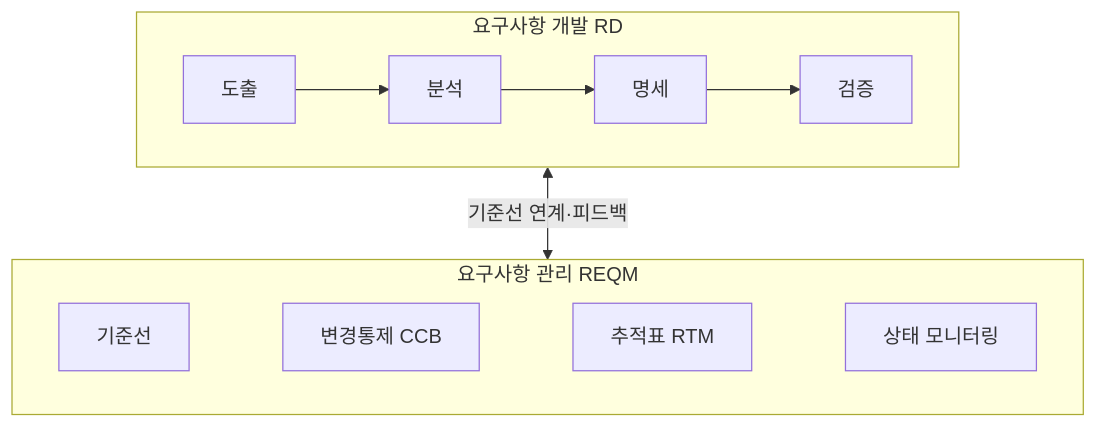
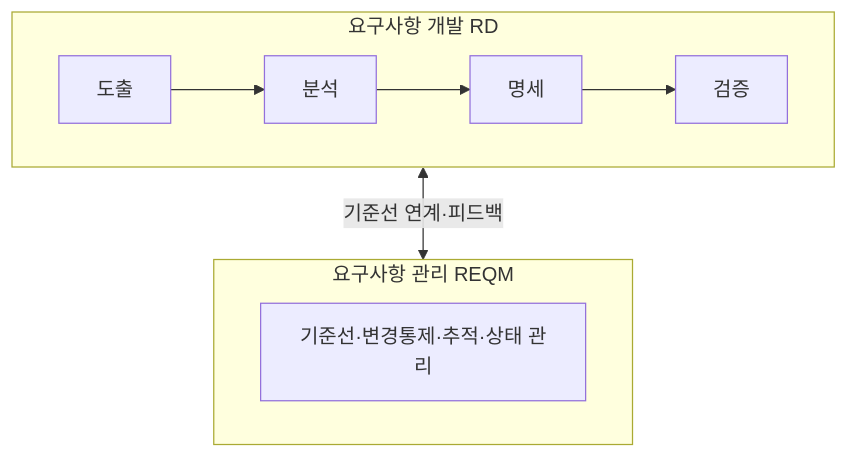
Before and after one commit to agnusdei1207/study: the second of 2 diagrams in src/content/docs/notes/itpe/02-software-engineering/040_requirements_engineering.md, drawn with Mermaid. The commit also changed other lines of this file and 3 other files, not shown here.

````diff
--- a/src/content/docs/notes/itpe/02-software-engineering/040_requirements_engineering.md
+++ b/src/content/docs/notes/itpe/02-software-engineering/040_requirements_engineering.md
@@ -96,12 +87,11 @@
 ```mermaid
 flowchart TB
     subgraph RD["요구사항 개발 RD"]
         direction LR
         R1["도출"] --> R2["분석"] --> R3["명세"] --> R4["검증"]
     end
     subgraph REQM["요구사항 관리 REQM"]
-        direction LR
-        M1["기준선"] ~~~ M2["변경통제 CCB"] ~~~ M3["추적표 RTM"] ~~~ M4["상태 모니터링"]
+        M1["기준선·변경통제·추적·상태 관리"]
     end
     RD <-->|"기준선 연계·피드백"| REQM
 ```
````
